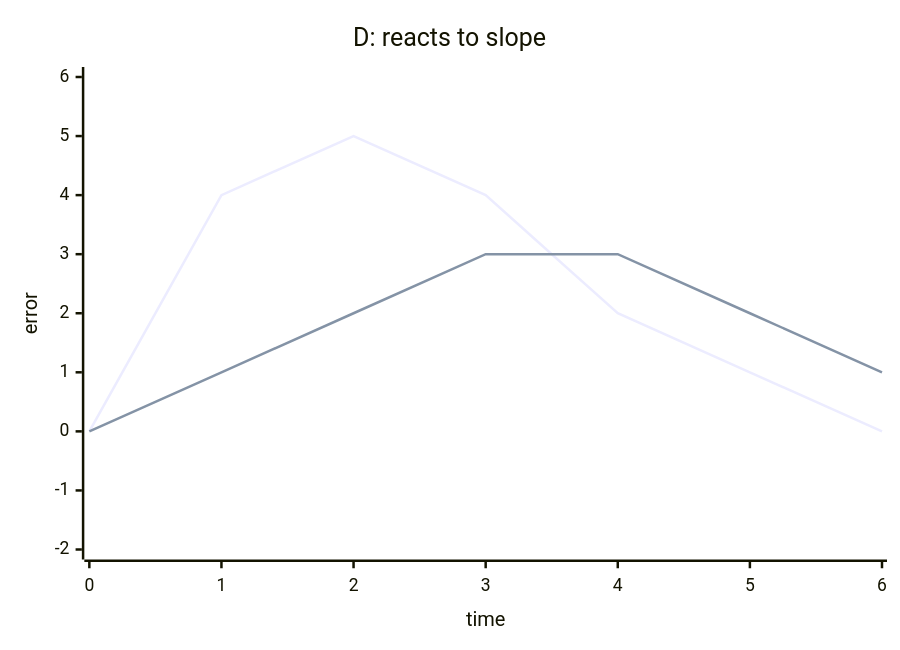
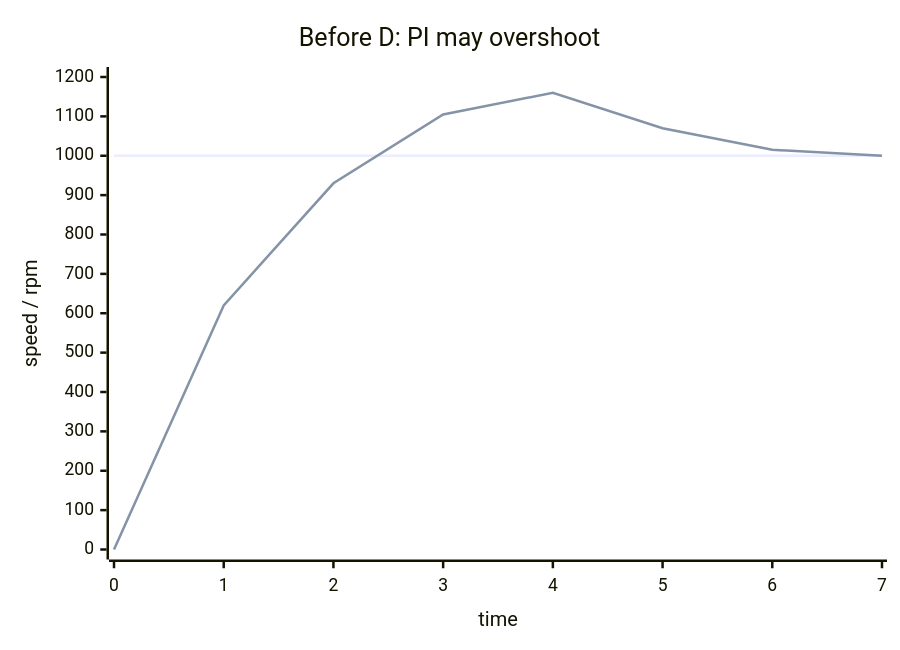
Diagram 11 of 17 in decks/kinematics-pid/slides.md (inaku-Gyan/RM-EC-Tutorial-2026-Summer), drawn with Mermaid before and after one commit. The commit also changed other lines of this file, not shown here.

````diff
--- a/decks/kinematics-pid/slides.md
+++ b/decks/kinematics-pid/slides.md
@@ -539,8 +706,8 @@
 ```mermaid
 xychart-beta
-  title "D: reacts to slope"
-  x-axis "time" [0, 1, 2, 3, 4, 5, 6]
-  y-axis "error" -2 --> 6
-  line "fast change" [0, 4, 5, 4, 2, 1, 0]
-  line "slow change" [0, 1, 2, 3, 3, 2, 1]
+  title "Before D: PI may overshoot"
+  x-axis "time" [0, 1, 2, 3, 4, 5, 6, 7]
+  y-axis "speed / rpm" 0 --> 1200
+  line "target" [1000, 1000, 1000, 1000, 1000, 1000, 1000, 1000]
+  line "feedback" [0, 620, 930, 1105, 1160, 1070, 1015, 1000]
 ```
````
